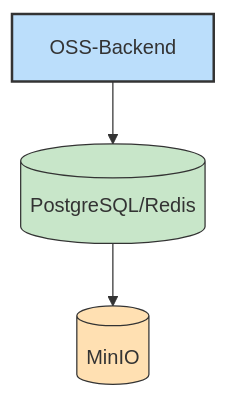
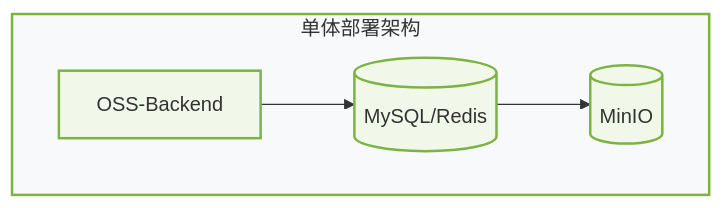
Diagram 12 of 16 in docs/architecture.md (LeonColes/OSS-BackEnd), drawn with Mermaid before and after one commit. The commit also changed other lines of this file, not shown here.

````diff
--- a/docs/architecture.md
+++ b/docs/architecture.md
@@ -544,9 +639,16 @@
 ```mermaid
 flowchart TD
-    OSS[OSS-Backend] --> DB[(PostgreSQL/Redis)]
-    DB --> MinIO[(MinIO)]
+    subgraph SingleDeployment[单体部署架构]
+        direction LR
+        OSS[OSS-Backend] --> DB[(MySQL/Redis)]
+        DB --> MinIO[(MinIO)]
+    end
     
-    style OSS fill:#bbdefb,stroke:#333,stroke-width:2px
-    style DB fill:#c8e6c9,stroke:#333,stroke-width:1px
-    style MinIO fill:#ffe0b2,stroke:#333,stroke-width:1px
+    %% 样式设置 - 明亮风格
+    classDef singleDepStyle fill:#f1f8e9,stroke:#7cb342,stroke-width:2px,color:#333
+    
+    class OSS,DB,MinIO singleDepStyle
+    
+    %% 设置子图样式
+    style SingleDeployment fill:#f8f9fa,stroke:#7cb342,stroke-width:2px,color:#333
 ```
````
